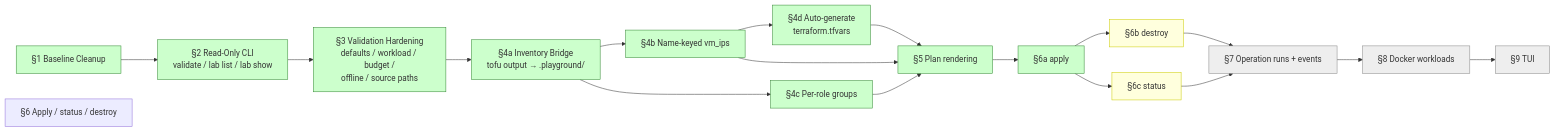
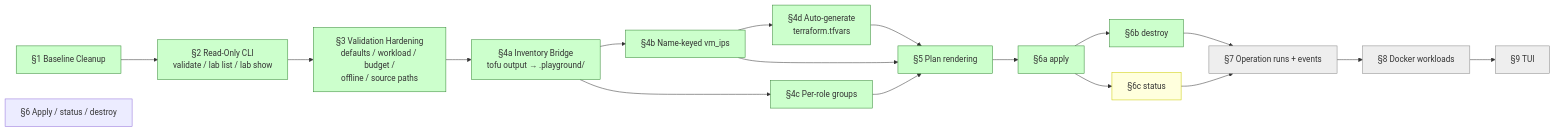
The seventh of 7 diagrams in docs/system_overview.md (spicysauce1955-stack/playground), drawn with Mermaid before and after one commit. The commit also changed 6 other files, not shown here.

````diff
--- a/docs/system_overview.md
+++ b/docs/system_overview.md
@@ -362,34 +362,34 @@
 ```mermaid
 flowchart LR
     s1[§1 Baseline Cleanup]
     s2[§2 Read-Only CLI<br/>validate / lab list / lab show]
     s3[§3 Validation Hardening<br/>defaults / workload / budget /<br/>offline / source paths]
     s4a[§4a Inventory Bridge<br/>tofu output → .playground/]
     s4b[§4b Name-keyed vm_ips]
     s4c[§4c Per-role groups]
     s5[§5 Plan rendering]
     s6[§6 Apply / status / destroy]
     s7[§7 Operation runs + events]
     s8[§8 Docker workloads]
     s9[§9 TUI]
 
     s1 --> s2 --> s3 --> s4a --> s4b
     s4a --> s4c
     s4b --> s4d[§4d Auto-generate<br/>terraform.tfvars]
     s4b --> s5
     s4c --> s5
     s4d --> s5
     s5 --> s6a[§6a apply]
     s6a --> s6b[§6b destroy]
     s6a --> s6c[§6c status]
     s6b --> s7
     s6c --> s7
     s7 --> s8 --> s9
 
     classDef done fill:#cfc,stroke:#383
     classDef next fill:#ffd,stroke:#cc0
     classDef queued fill:#eee,stroke:#888
-    class s1,s2,s3,s4a,s4b,s4c,s4d,s5,s6a done
-    class s6b,s6c next
+    class s1,s2,s3,s4a,s4b,s4c,s4d,s5,s6a,s6b done
+    class s6c next
     class s7,s8,s9 queued
 ```
````
